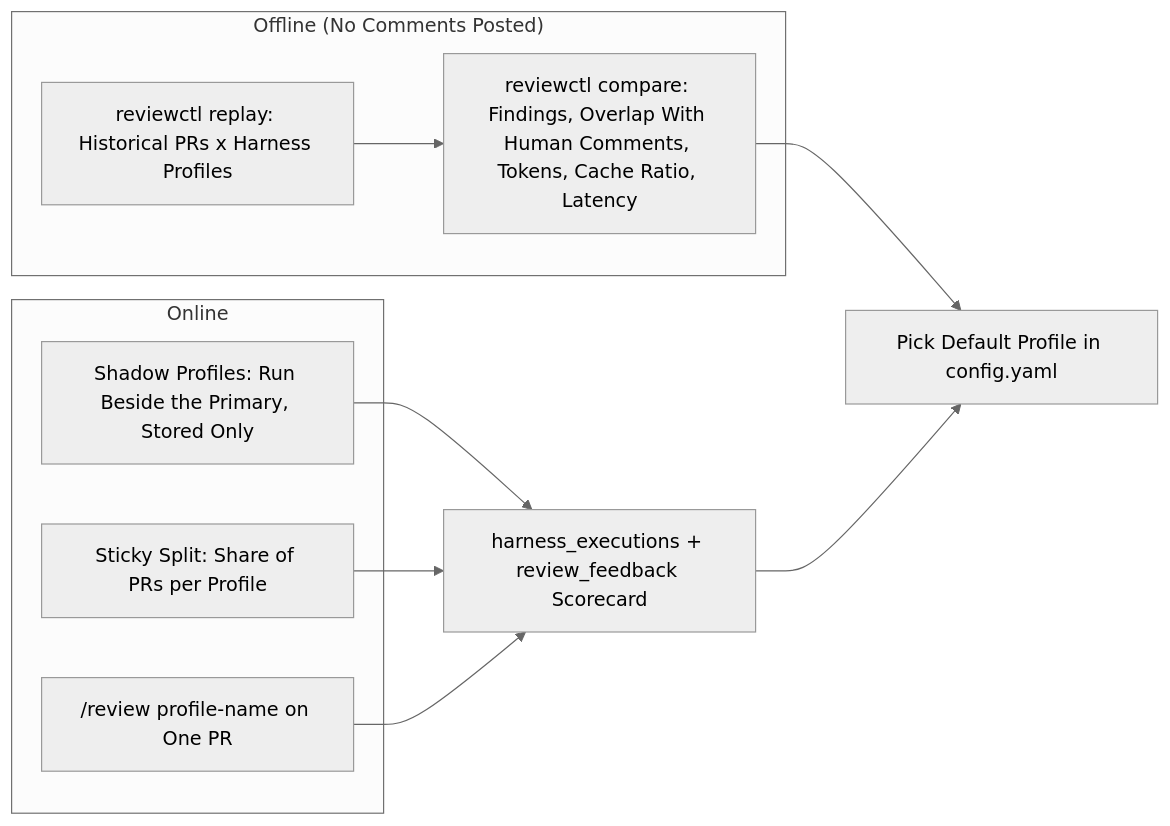
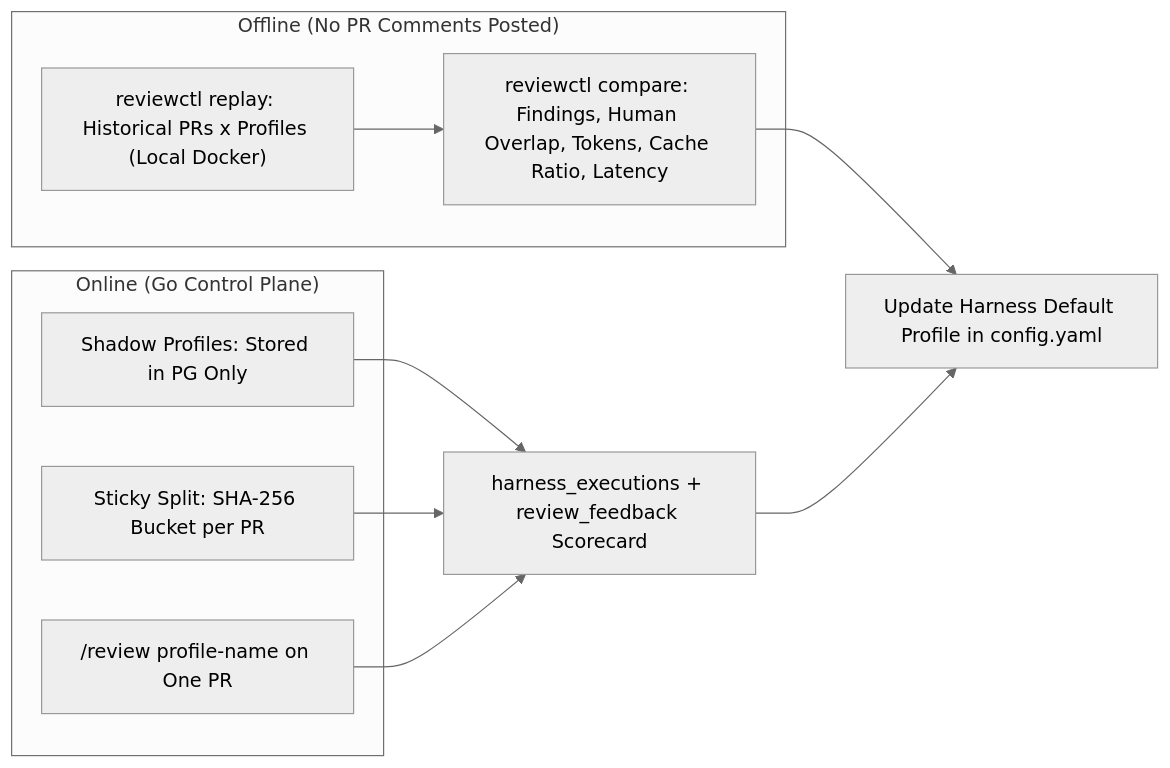
One commit to zetxqx/review-agent-infra changed the sixth of 7 diagrams in docs/design/implementation-plan.md. Above: the diagram before and after it, drawn with Mermaid (neutral theme). The commit also changed other lines of this file and 12 other files, not shown here.

Commit message:
Define Protobuf single-source-of-truth contracts with Go control-plane infrastructure and Python off-the-shelf harness adapters.

````diff
--- a/docs/design/implementation-plan.md
+++ b/docs/design/implementation-plan.md
@@ -2103,18 +2722,18 @@
 ```mermaid
 flowchart LR
-    subgraph SG_OFF ["Offline (No Comments Posted)"]
-        Replay["reviewctl replay: Historical PRs x Harness Profiles"]
-        Compare["reviewctl compare: Findings, Overlap With Human Comments, Tokens, Cache Ratio, Latency"]
+    subgraph SG_OFF ["Offline (No PR Comments Posted)"]
+        Replay["reviewctl replay: Historical PRs x Profiles (Local Docker)"]
+        Compare["reviewctl compare: Findings, Human Overlap, Tokens, Cache Ratio, Latency"]
     end
-    subgraph SG_ON ["Online"]
-        Shadow["Shadow Profiles: Run Beside the Primary, Stored Only"]
-        Split["Sticky Split: Share of PRs per Profile"]
+    subgraph SG_ON ["Online (Go Control Plane)"]
+        Shadow["Shadow Profiles: Stored in PG Only"]
+        Split["Sticky Split: SHA-256 Bucket per PR"]
         Manual["/review profile-name on One PR"]
     end
     Replay --> Compare
     Shadow --> Card["harness_executions + review_feedback Scorecard"]
     Split --> Card
     Manual --> Card
-    Compare --> Decide["Pick Default Profile in config.yaml"]
+    Compare --> Decide["Update Harness Default Profile in config.yaml"]
     Card --> Decide
 ```
````
